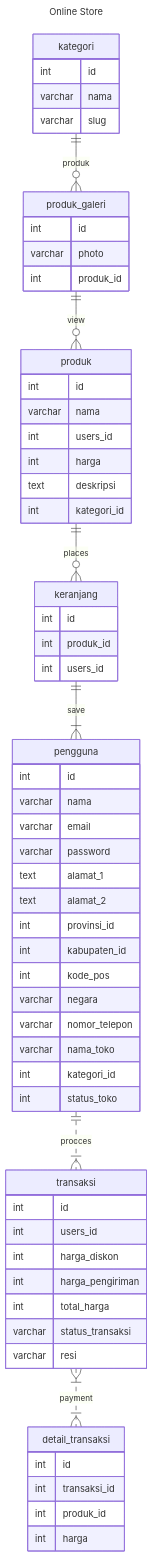
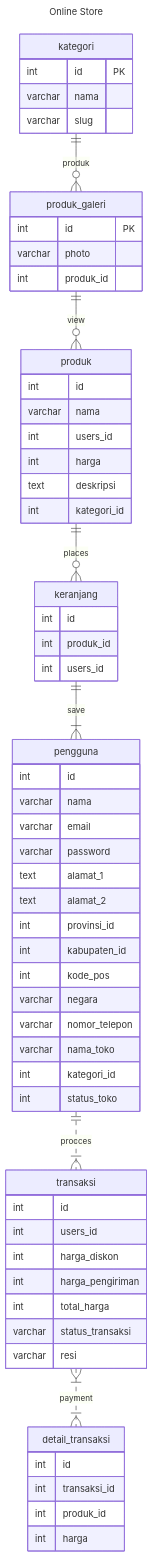
The first of 2 diagrams in job-interview-answers.md (sugazq/jobInterview), drawn with Mermaid before and after one commit.

````diff
--- a/job-interview-answers.md
+++ b/job-interview-answers.md
@@ -58,56 +58,56 @@
 ```mermaid
 ---
 title: Online Store
 ---
 erDiagram
     kategori ||--o{ produk_galeri : produk kategori {
-        int id
+        int id PK
         varchar nama
         varchar slug
 } produk_galeri ||--o{ produk : view produk_galeri {
-        int id
+        int id PK
         varchar photo
         int produk_id
 } produk ||--o{ keranjang : places produk {
         int id
         varchar nama
         int users_id
         int harga
         text deskripsi
         int kategori_id
 } keranjang ||--|{ pengguna : save keranjang {
         int id
         int produk_id
         int users_id
 } pengguna ||..|{ transaksi : procces pengguna {
         int id
         varchar nama
         varchar email
         varchar password
         text alamat_1
         text alamat_2
         int provinsi_id
         int kabupaten_id
         int kode_pos
         varchar negara
         varchar nomor_telepon
         varchar nama_toko
         int kategori_id
         int status_toko
 } transaksi }|..|{ detail_transaksi : payment transaksi {
         int id
         int users_id
         int harga_diskon
         int harga_pengiriman
         int total_harga
         varchar status_transaksi
         varchar resi
 } detail_transaksi {
         int id
         int transaksi_id
         int produk_id
         int harga
 }
 
     
 ```
````
